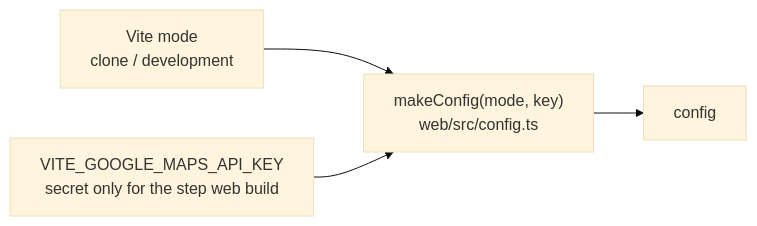
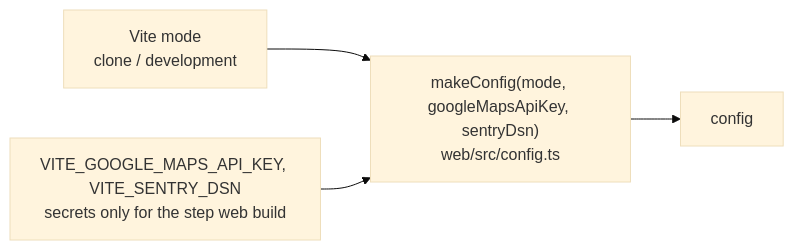
Before and after one commit to sergeycw/nakarte: the second of 2 diagrams in docs/architecture/client.md, drawn with Mermaid (base theme). The commit also changed other lines of this file and 2 other files, not shown here.

Commit message:
fix stale passages in the architecture docs
- the default basemap is openfreemap outdoor since
  openfreemap-default-basemap. tracestrack topo is the second
  basemap of the fallback chain of -> tt -> osm.
- the proxy adds the tracestrack key to topo_<language> and
  topo__ tiles, not only to topo__.
- the app has its own sentry since add-error-tracking.
- makeConfig takes the google maps key and the sentry dsn.
- the translation of the docs found these passages.

````diff
--- a/docs/architecture/client.md
+++ b/docs/architecture/client.md
@@ -60,10 +60,10 @@
 ```mermaid
 flowchart LR
     mode["Vite mode<br/>clone / development"]
-    key["VITE_GOOGLE_MAPS_API_KEY<br/>secret only for the step web build"]
-    make["makeConfig(mode, key)<br/>web/src/config.ts"]
+    key["VITE_GOOGLE_MAPS_API_KEY, VITE_SENTRY_DSN<br/>secrets only for the step web build"]
+    make["makeConfig(mode, googleMapsApiKey, sentryDsn)<br/>web/src/config.ts"]
     config["config"]
     mode --> make
     key --> make
     make --> config
 ```
````
